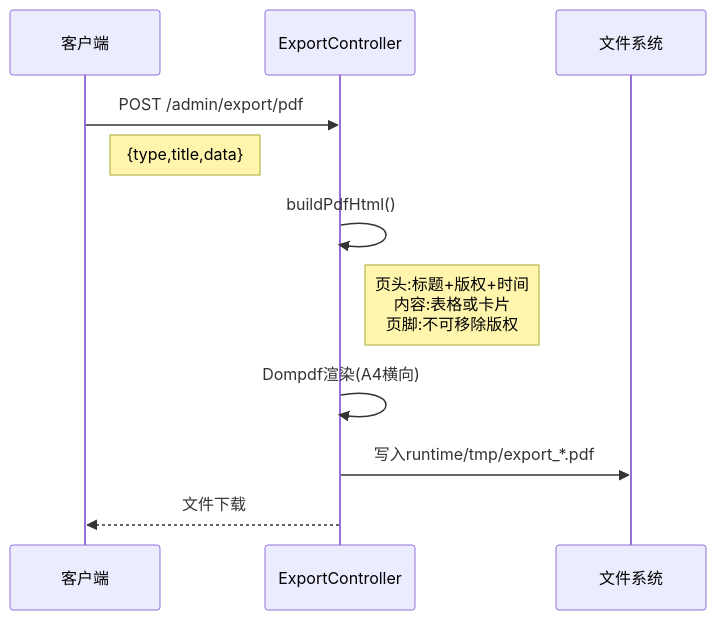
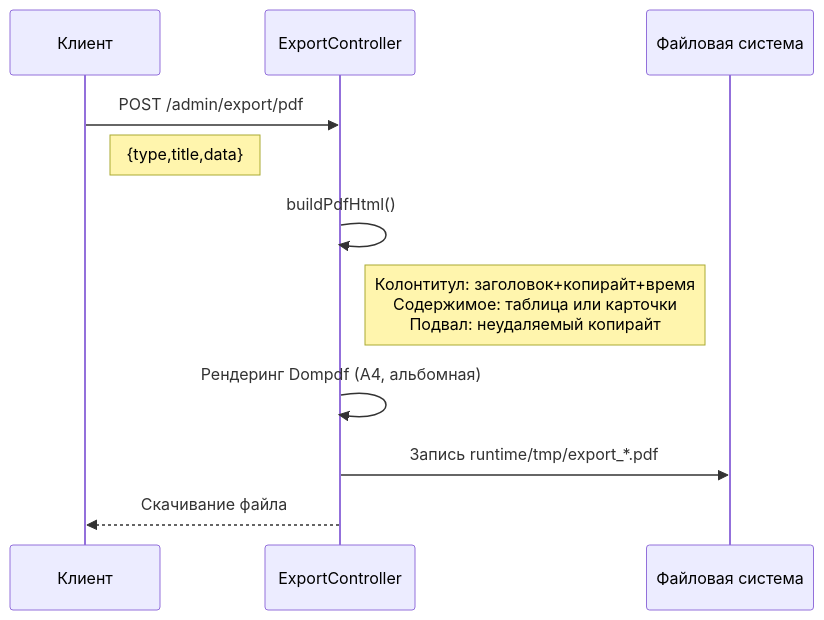
Before and after one commit to erikwang2013/game-platform-php: the second of 2 diagrams in admin/docs/diagrams/09-export-flow.ru.md, drawn with Mermaid. The commit also changed other lines of this file and 211 other files, not shown here.

First line of the commit message:
fix: 支付配置读回类型根治、提现事件对账巡检，12 语族 mermaid 与 API 标签本地化

````diff
--- a/admin/docs/diagrams/09-export-flow.ru.md
+++ b/admin/docs/diagrams/09-export-flow.ru.md
@@ -30,14 +30,14 @@
 ```mermaid
 sequenceDiagram
-    participant C as 客户端
+    participant C as Клиент
     participant CTL as ExportController
-    participant FS as 文件系统
+    participant FS as Файловая система
 
     C->>CTL: POST /admin/export/pdf
     Note right of C: {type,title,data}
     CTL->>CTL: buildPdfHtml()
-    Note right of CTL: 页头:标题+版权+时间<br/>内容:表格或卡片<br/>页脚:不可移除版权
-    CTL->>CTL: Dompdf渲染(A4横向)
-    CTL->>FS: 写入runtime/tmp/export_*.pdf
-    CTL-->>C: 文件下载
+    Note right of CTL: Колонтитул: заголовок+копирайт+время<br/>Содержимое: таблица или карточки<br/>Подвал: неудаляемый копирайт
+    CTL->>CTL: Рендеринг Dompdf (A4, альбомная)
+    CTL->>FS: Запись runtime/tmp/export_*.pdf
+    CTL-->>C: Скачивание файла
 ```
````
